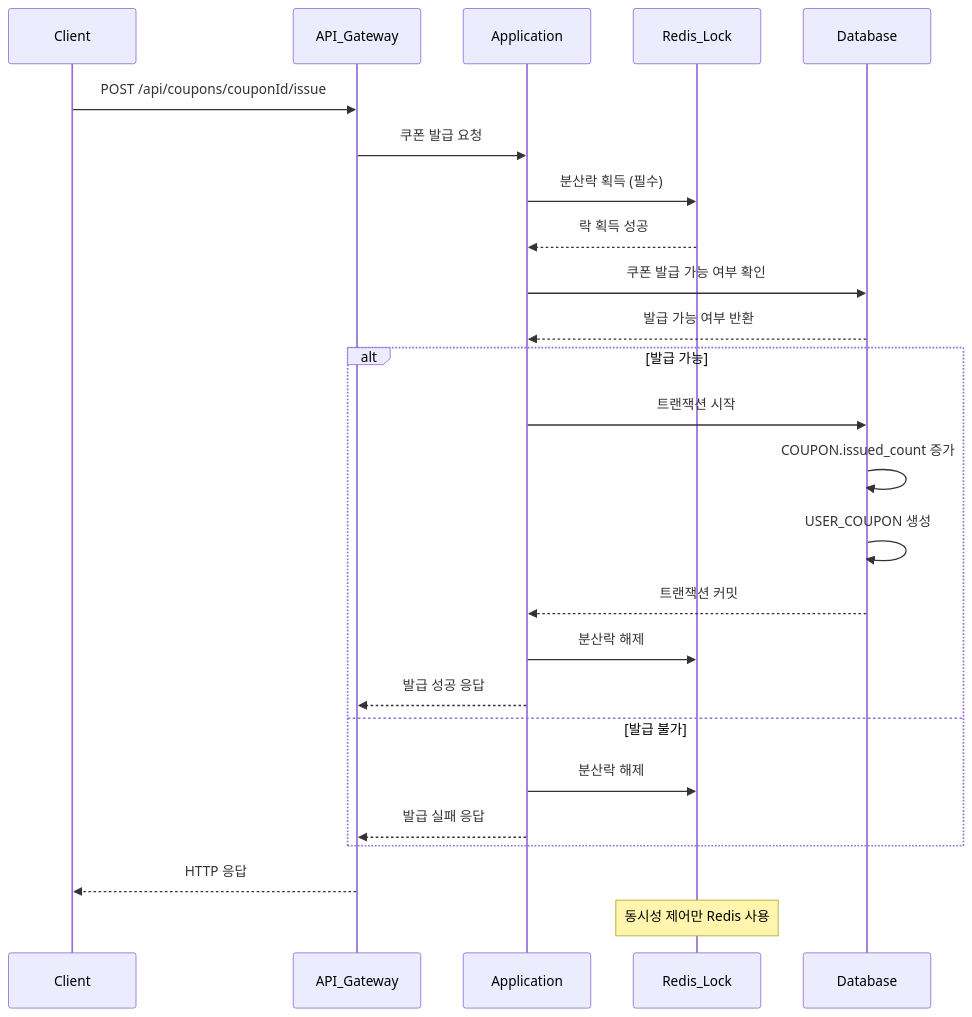
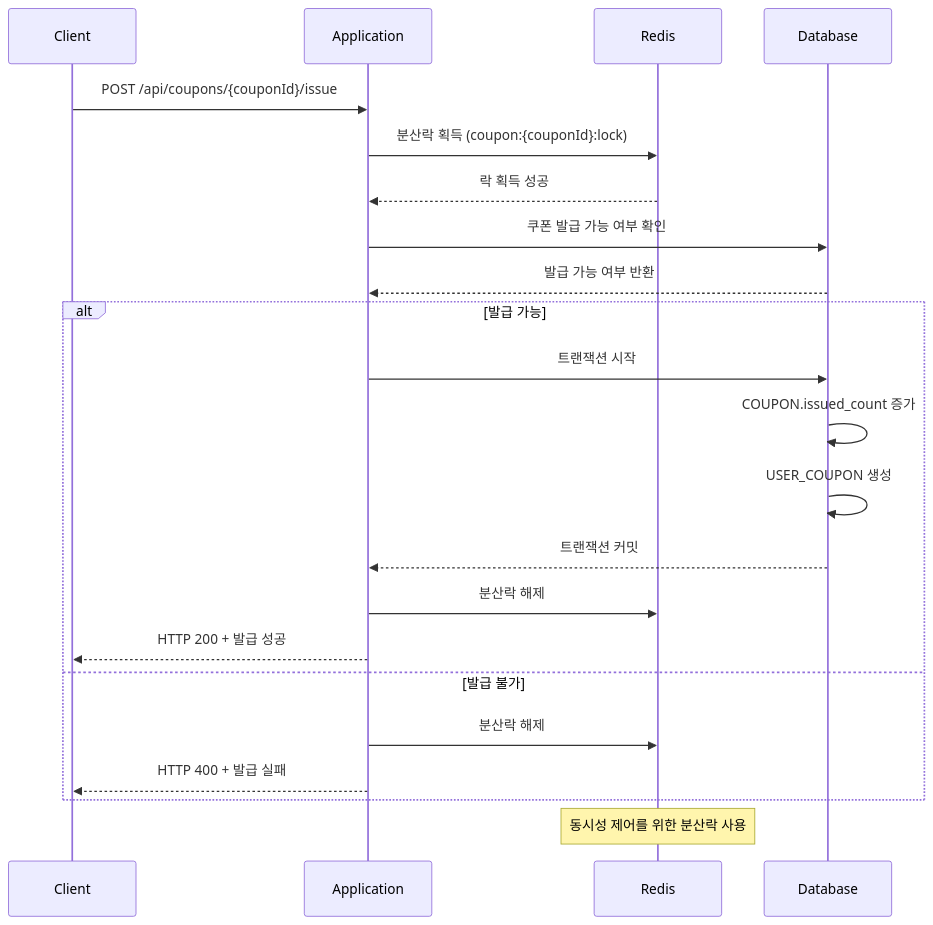
The fifth of 11 diagrams in docs/sequence_diagram.md (yuni02/hhplus-ecommerce), drawn with Mermaid before and after one commit. The commit also changed other lines of this file, not shown here.

First line of the commit message:
fix: sequence 다이어그램 수정

````diff
--- a/docs/sequence_diagram.md
+++ b/docs/sequence_diagram.md
@@ -85,34 +84,29 @@
 ```mermaid
 sequenceDiagram
     participant Client as Client
-    participant API as API_Gateway
     participant App as Application
-    participant Redis as Redis_Lock
+    participant Redis as Redis
     participant DB as Database
 
-    Client->>API: POST /api/coupons/couponId/issue
-    API->>App: 쿠폰 발급 요청
-
-    App->>Redis: 분산락 획득 (필수)
+    Client->>App: POST /api/coupons/{couponId}/issue
+    App->>Redis: 분산락 획득 (coupon:{couponId}:lock)
     Redis-->>App: 락 획득 성공
 
     App->>DB: 쿠폰 발급 가능 여부 확인
     DB-->>App: 발급 가능 여부 반환
 
     alt 발급 가능
         App->>DB: 트랜잭션 시작
         DB->>DB: COUPON.issued_count 증가
         DB->>DB: USER_COUPON 생성
         DB-->>App: 트랜잭션 커밋
 
         App->>Redis: 분산락 해제
-        App-->>API: 발급 성공 응답
+        App-->>Client: HTTP 200 + 발급 성공
     else 발급 불가
         App->>Redis: 분산락 해제
-        App-->>API: 발급 실패 응답
+        App-->>Client: HTTP 400 + 발급 실패
     end
 
-    API-->>Client: HTTP 응답
-
-    Note over Redis: 동시성 제어만 Redis 사용
+    Note over Redis: 동시성 제어를 위한 분산락 사용
 ```
````
